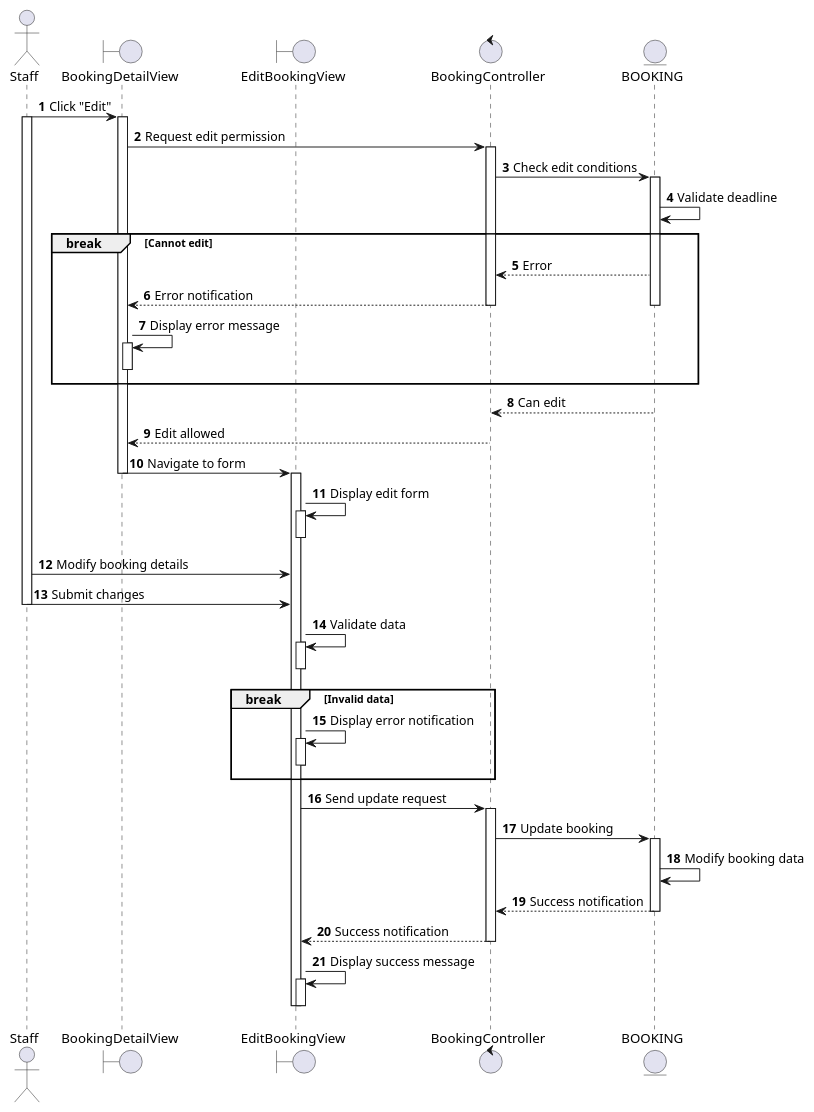
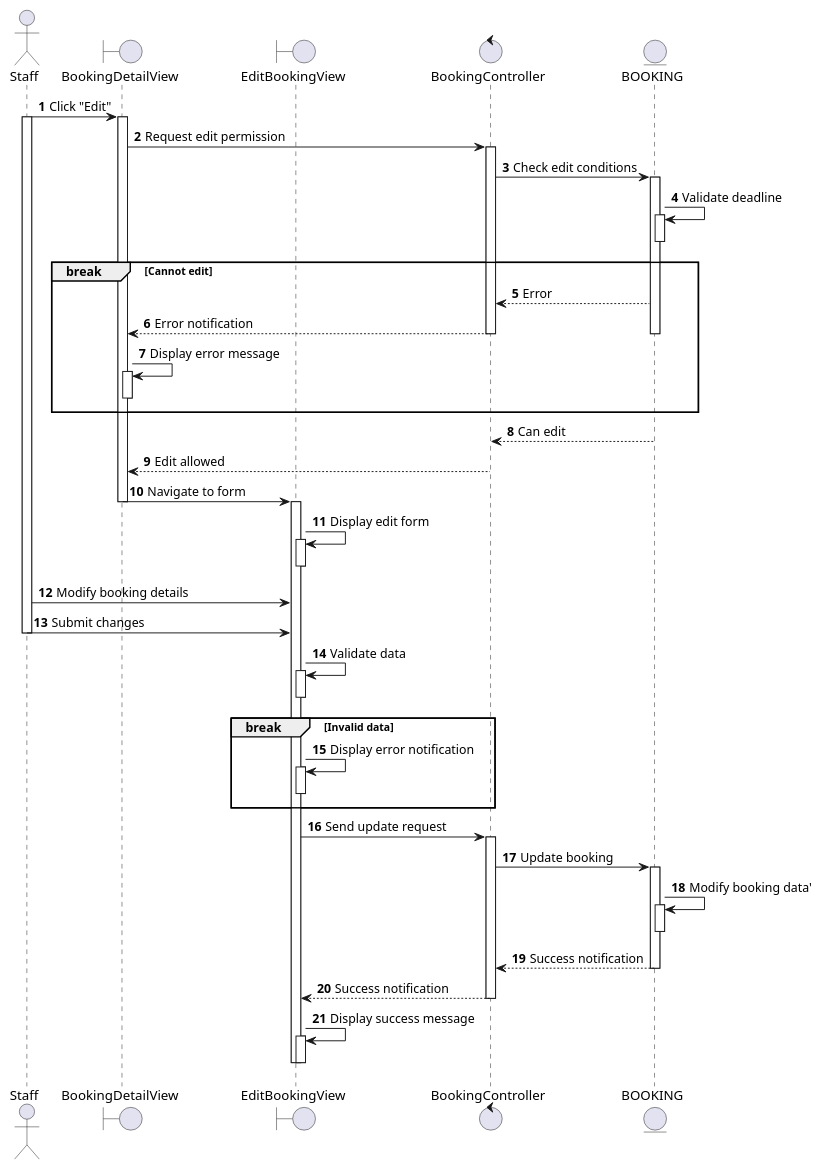
Before and after one commit to se113-wm/se113-wm.github.io: the diagram in docs/docs/sequence/adjust-and-track-bookings/edit-pre-departure-booking.md, drawn with PlantUML. The commit also changed 37 other files, not shown here.

First line of the commit message:
Refactor sequence diagrams for booking and trip management

````diff
--- a/docs/docs/sequence/adjust-and-track-bookings/edit-pre-departure-booking.md
+++ b/docs/docs/sequence/adjust-and-track-bookings/edit-pre-departure-booking.md
@@ -3,69 +3,73 @@
 ```plantuml
 @startuml
 autonumber
 
 actor Staff as S
 boundary BookingDetailView as BDV
 boundary EditBookingView as EBV
 control BookingController as BC
 entity BOOKING as B
 
 S -> BDV: Click "Edit"
 activate S
 activate BDV
 BDV -> BC: Request edit permission
 activate BC
 BC -> B: Check edit conditions
 activate B
 B -> B: Validate deadline
+activate B
+deactivate B
 
 break Cannot edit
   BC <-- B: Error
   BDV <-- BC: Error notification
   deactivate BC
   deactivate B
   BDV -> BDV: Display error message
   activate BDV
   deactivate BDV
 end
 
 BC <-- B: Can edit
 deactivate B
 BDV <-- BC: Edit allowed
 deactivate BC
 BDV -> EBV: Navigate to form
 deactivate BDV
 activate EBV
 EBV -> EBV: Display edit form
 activate EBV
 deactivate EBV
 
 S -> EBV: Modify booking details
 S -> EBV: Submit changes
 deactivate S
 EBV -> EBV: Validate data
 activate EBV
 deactivate EBV
 
 break Invalid data
   EBV -> EBV: Display error notification
   activate EBV
   deactivate EBV
 end
 
 EBV -> BC: Send update request
 activate BC
 BC -> B: Update booking
 activate B
-B -> B: Modify booking data
+B -> B: Modify booking data'
+activate B
+deactivate B
 BC <-- B: Success notification
 deactivate B
 EBV <-- BC: Success notification
 deactivate BC
 EBV -> EBV: Display success message
 activate EBV
 deactivate EBV
 deactivate EBV
 
 @enduml
 ```
````
